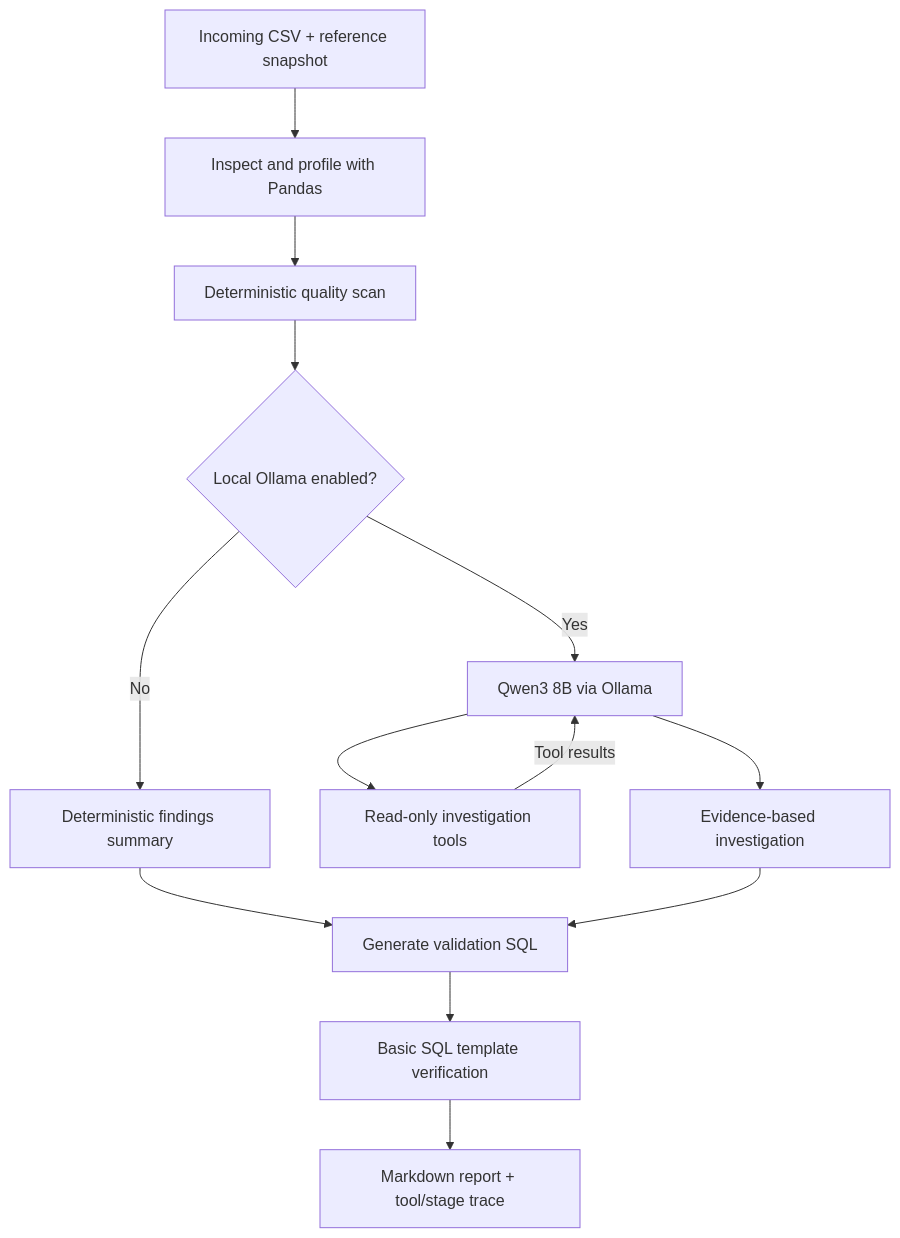
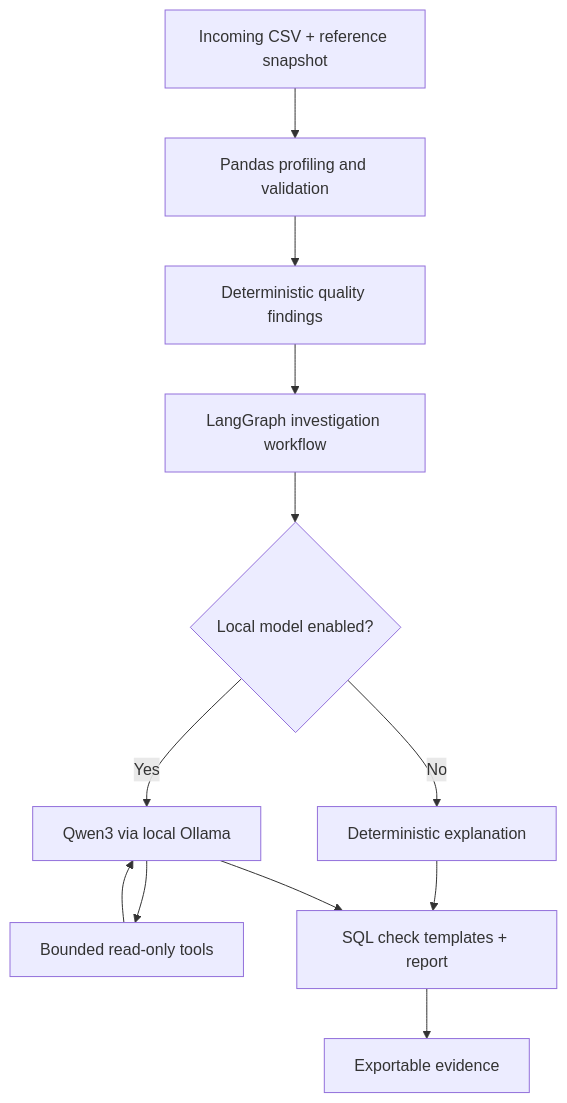
The diagram in README.md (karthikeyansett1/Schemaguard---AI_Agent), drawn with Mermaid before and after one commit. The commit also changed other lines of this file, not shown here.

````diff
--- a/README.md
+++ b/README.md
@@ -60,15 +38,14 @@
 ```mermaid
 flowchart TD
-    A[Incoming CSV + reference snapshot] --> B[Inspect and profile with Pandas]
-    B --> C[Deterministic quality scan]
-    C --> D{Local Ollama enabled?}
-    D -->|No| E[Deterministic findings summary]
-    D -->|Yes| F[Qwen3 8B via Ollama]
-    F --> G[Read-only investigation tools]
-    G -->|Tool results| F
-    F --> H[Evidence-based investigation]
-    E --> I[Generate validation SQL]
-    H --> I
-    I --> J[Basic SQL template verification]
-    J --> K[Markdown report + tool/stage trace]
+    A[Incoming CSV + reference snapshot] --> B[Pandas profiling and validation]
+    B --> C[Deterministic quality findings]
+    C --> D[LangGraph investigation workflow]
+    D --> E{Local model enabled?}
+    E -->|No| F[Deterministic explanation]
+    E -->|Yes| G[Qwen3 via local Ollama]
+    G --> H[Bounded read-only tools]
+    H --> G
+    F --> I[SQL check templates + report]
+    G --> I
+    I --> J[Exportable evidence]
 ```
````
